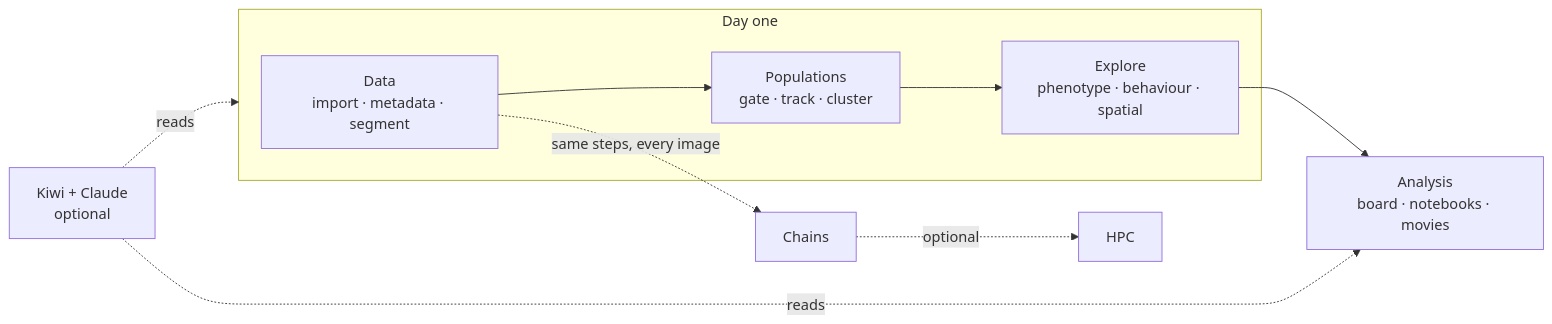
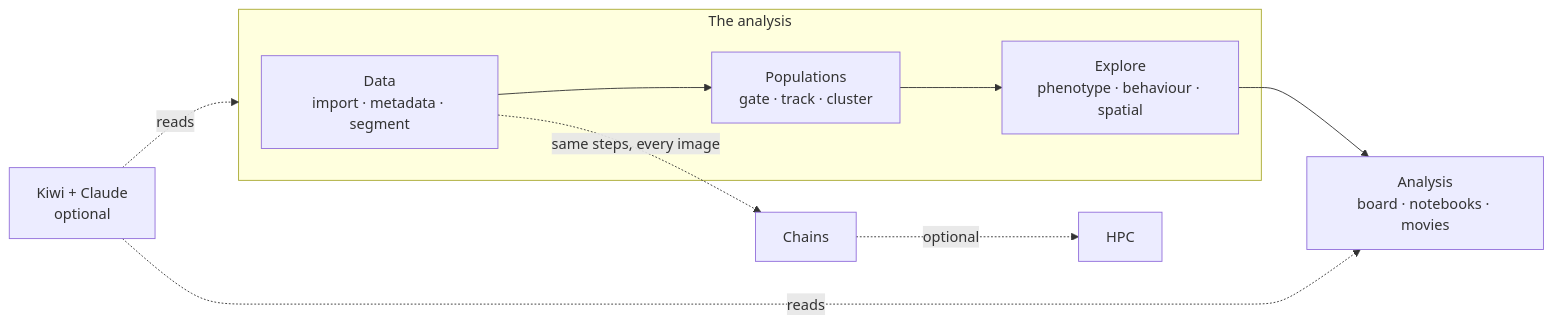
Before and after one commit to schienstockd/cecelia: the diagram in user-docs/README.md, drawn with Mermaid. The commit also changed other lines of this file and 8 other files, not shown here.

````diff
--- a/user-docs/README.md
+++ b/user-docs/README.md
@@ -7,12 +7,12 @@
 ```mermaid
 flowchart LR
-  subgraph core["Day one"]
+  subgraph core["The analysis"]
     D[Data<br/>import · metadata · segment] --> P[Populations<br/>gate · track · cluster]
     P --> E[Explore<br/>phenotype · behaviour · spatial]
   end
   E --> A[Analysis<br/>board · notebooks · movies]
   D -. same steps, every image .-> W[Chains]
   W -. optional .-> H[HPC]
   K[Kiwi + Claude<br/>optional] -. reads .-> core
   K -. reads .-> A
 ```
````
